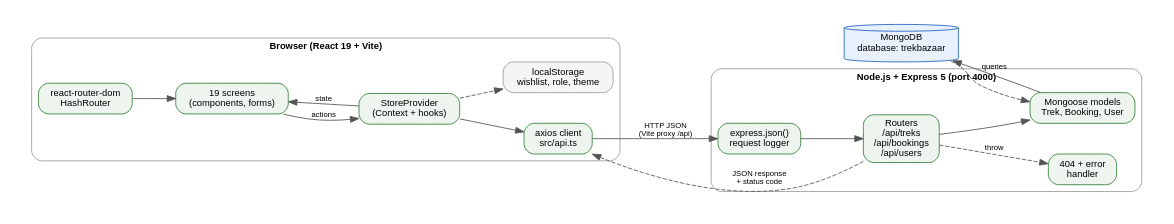
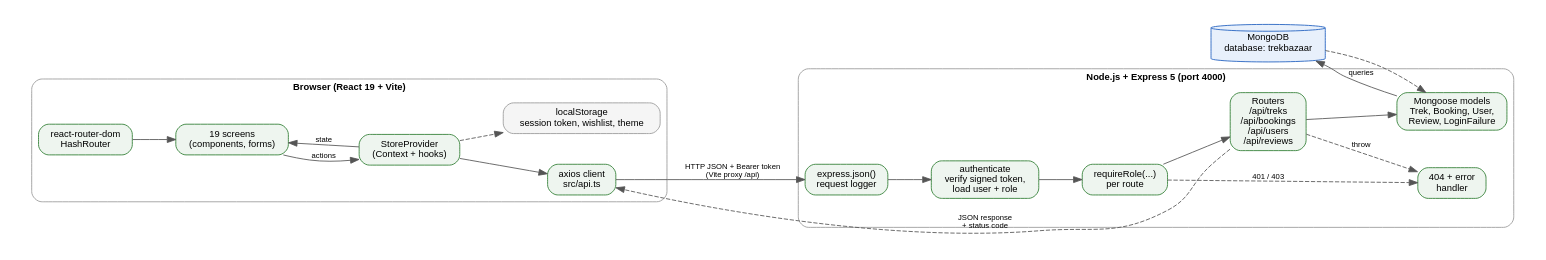
One commit to parth-sharma-10/trekbazaar changed the diagram in docs/diagrams/architecture.dot. Above: the diagram before and after it, drawn with Graphviz. The commit also changed 5 other files, not shown here.

First line of the commit message:
Redraw the architecture, workflow and schema diagrams

```diff
--- a/docs/diagrams/architecture.dot
+++ b/docs/diagrams/architecture.dot
@@ -1,25 +1,27 @@
 digraph G {
   rankdir=LR; bgcolor=white; pad=0.3; nodesep=0.5; ranksep=0.7;
   node [shape=box, style="rounded,filled", fontname="Helvetica", fontsize=11, fillcolor="#eef5ef", color="#2e7d32"];
   edge [fontname="Helvetica", fontsize=9, color="#555555"];
   subgraph cluster_client { label="Browser (React 19 + Vite)"; fontname="Helvetica-Bold"; fontsize=11; style="rounded"; color="#999999";
     ui [label="19 screens\n(components, forms)"];
     router [label="react-router-dom\nHashRouter"];
     store [label="StoreProvider\n(Context + hooks)"];
     axios [label="axios client\nsrc/api.ts"];
-    ls [label="localStorage\nwishlist, role, theme", fillcolor="#f5f5f5", color="#999999"];
+    ls [label="localStorage\nsession token, wishlist, theme", fillcolor="#f5f5f5", color="#999999"];
     router -> ui; ui -> store [label="actions"]; store -> ui [label="state"]; store -> axios; store -> ls [style=dashed];
   }
   subgraph cluster_server { label="Node.js + Express 5 (port 4000)"; fontname="Helvetica-Bold"; fontsize=11; style="rounded"; color="#999999";
     mw [label="express.json()\nrequest logger"];
-    routes [label="Routers\n/api/treks\n/api/bookings\n/api/users"];
+    auth [label="authenticate\nverify signed token,\nload user + role"];
+    guard [label="requireRole(...)\nper route"];
+    routes [label="Routers\n/api/treks\n/api/bookings\n/api/users\n/api/reviews"];
     err [label="404 + error\nhandler"];
-    models [label="Mongoose models\nTrek, Booking, User"];
-    mw -> routes; routes -> models; routes -> err [style=dashed, label="throw"];
+    models [label="Mongoose models\nTrek, Booking, User,\nReview, LoginFailure"];
+    mw -> auth -> guard -> routes; guard -> err [style=dashed, label="401 / 403"]; routes -> models; routes -> err [style=dashed, label="throw"];
   }
   db [label="MongoDB\ndatabase: trekbazaar", shape=cylinder, fillcolor="#e8f0fb", color="#1f5fbf"];
-  axios -> mw [label="HTTP JSON\n(Vite proxy /api)"];
+  axios -> mw [label="HTTP JSON + Bearer token\n(Vite proxy /api)"];
   models -> db [label="queries"];
   db -> models [style=dashed];
   routes -> axios [style=dashed, label="JSON response\n+ status code", constraint=false];
 }
```
